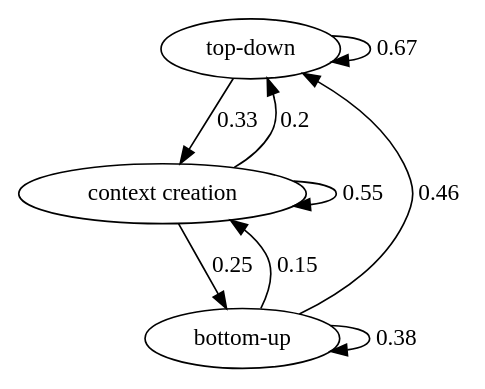
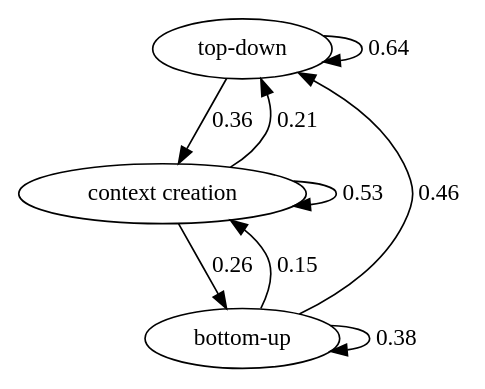
One commit to dorisjlee/ZV-paper changed the diagram in analysis/astro_break.dot. Above: the diagram before and after it, drawn with Graphviz. The commit also changed 35 other files, not shown here.

```diff
--- a/analysis/astro_break.dot
+++ b/analysis/astro_break.dot
@@ -1,13 +1,13 @@
 digraph  {
 "top-down";
 "context creation";
 "bottom-up";
-"top-down" -> "top-down"  [weight="0.6666666666666666", label="0.67"];
-"top-down" -> "context creation"  [weight="0.3333333333333333", label="0.33"];
-"context creation" -> "top-down"  [weight="0.2", label="0.2"];
-"context creation" -> "context creation"  [weight="0.55", label="0.55"];
-"context creation" -> "bottom-up"  [weight="0.25", label="0.25"];
+"top-down" -> "top-down"  [weight="0.6363636363636364", label="0.64"];
+"top-down" -> "context creation"  [weight="0.36363636363636365", label="0.36"];
+"context creation" -> "top-down"  [weight="0.21052631578947367", label="0.21"];
+"context creation" -> "context creation"  [weight="0.5263157894736842", label="0.53"];
+"context creation" -> "bottom-up"  [weight="0.2631578947368421", label="0.26"];
 "bottom-up" -> "top-down"  [weight="0.46153846153846156", label="0.46"];
 "bottom-up" -> "context creation"  [weight="0.15384615384615385", label="0.15"];
 "bottom-up" -> "bottom-up"  [weight="0.38461538461538464", label="0.38"];
 }
```
